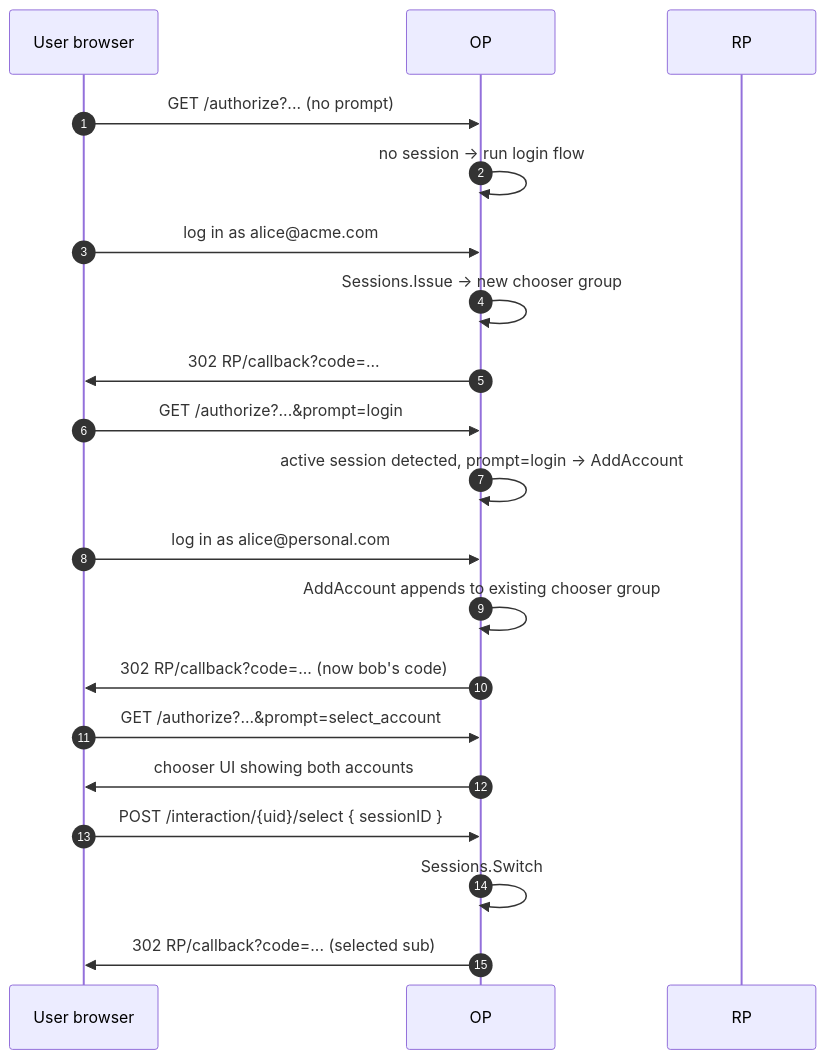
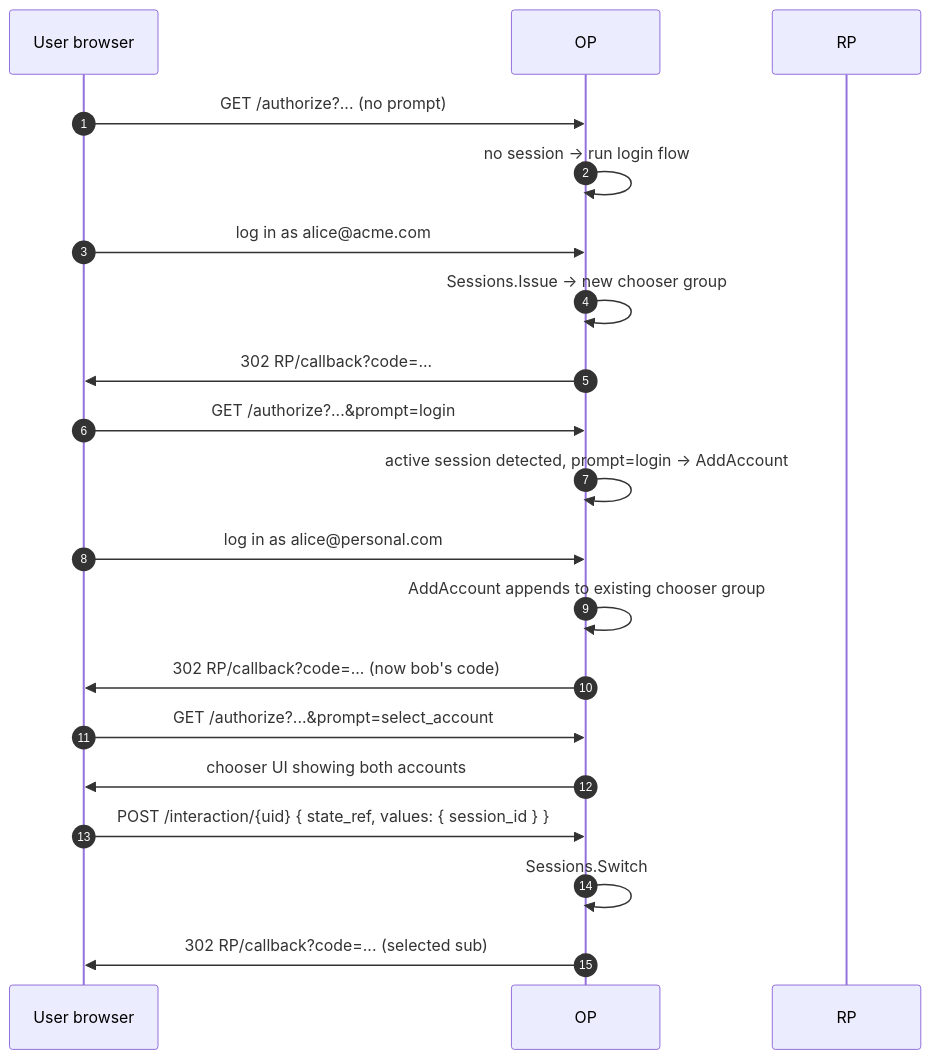
Before and after one commit to libraz/go-oidc-provider-homepage: the diagram in src/use-cases/multi-account.md, drawn with Mermaid. The commit also changed other lines of this file and 72 other files, not shown here.

````diff
--- a/src/use-cases/multi-account.md
+++ b/src/use-cases/multi-account.md
@@ -41,25 +37,25 @@
 ```mermaid
 sequenceDiagram
   autonumber
   participant U as User browser
   participant OP as OP
   participant RP as RP
 
   U->>OP: GET /authorize?... (no prompt)
   OP->>OP: no session → run login flow
   U->>OP: log in as alice@acme.com
   OP->>OP: Sessions.Issue → new chooser group
   OP->>U: 302 RP/callback?code=...
 
   U->>OP: GET /authorize?...&prompt=login
   OP->>OP: active session detected, prompt=login → AddAccount
   U->>OP: log in as alice@personal.com
   OP->>OP: AddAccount appends to existing chooser group
   OP->>U: 302 RP/callback?code=... (now bob's code)
 
   U->>OP: GET /authorize?...&prompt=select_account
   OP->>U: chooser UI showing both accounts
-  U->>OP: POST /interaction/{uid}/select { sessionID }
+  U->>OP: POST /interaction/{uid} { state_ref, values: { session_id } }
   OP->>OP: Sessions.Switch
   OP->>U: 302 RP/callback?code=... (selected sub)
 ```
````
